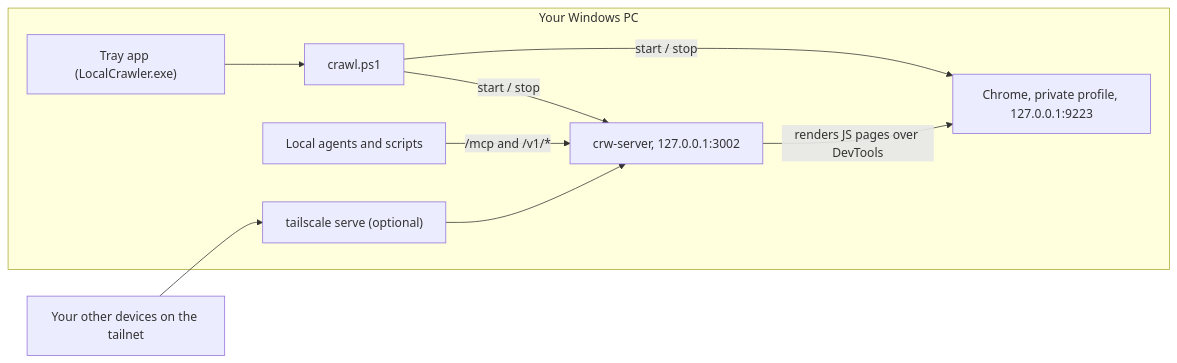
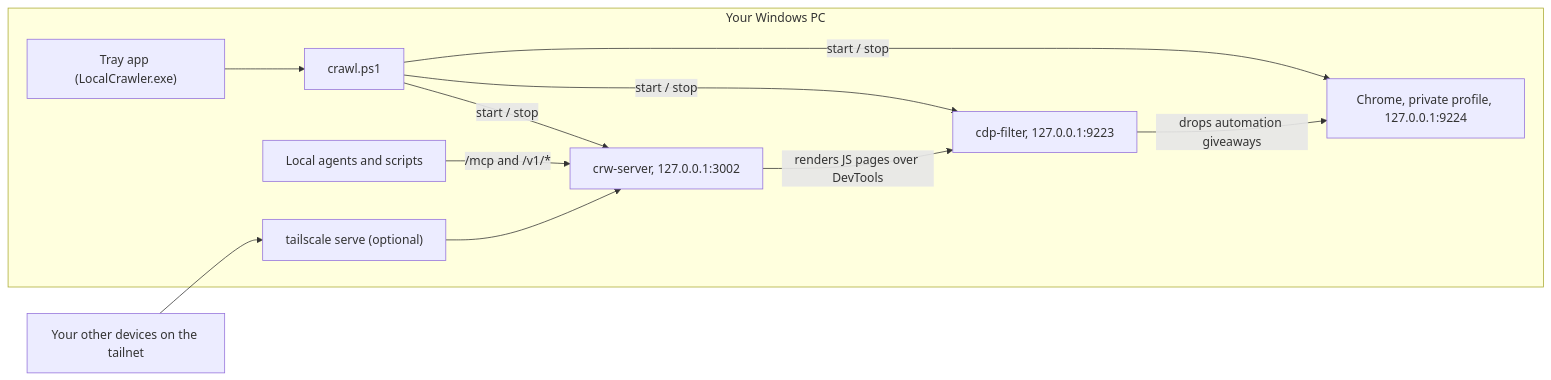
The diagram in README.md (gourneau/local-crawl), drawn with Mermaid before and after one commit. The commit also changed other lines of this file and 4 other files, not shown here.

First line of the commit message:
Look like a real browser: off-screen window and a DevTools filter

````diff
--- a/README.md
+++ b/README.md
@@ -21,12 +22,14 @@
 ```mermaid
 flowchart LR
     subgraph pc["Your Windows PC"]
         tray["Tray app (LocalCrawler.exe)"] --> script["crawl.ps1"]
         script -->|start / stop| crw["crw-server, 127.0.0.1:3002"]
-        script -->|start / stop| chrome["Chrome, private profile, 127.0.0.1:9223"]
-        crw -->|renders JS pages over DevTools| chrome
+        script -->|start / stop| filter["cdp-filter, 127.0.0.1:9223"]
+        script -->|start / stop| chrome["Chrome, private profile, 127.0.0.1:9224"]
+        crw -->|renders JS pages over DevTools| filter
+        filter -->|"drops automation giveaways"| chrome
         local["Local agents and scripts"] -->|"/mcp and /v1/*"| crw
         serve["tailscale serve (optional)"] --> crw
     end
     remote["Your other devices on the tailnet"] --> serve
 ```
````
